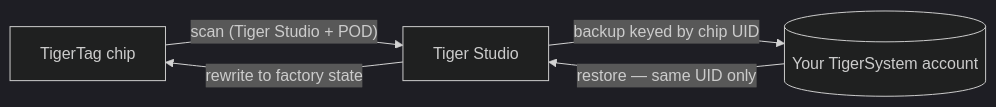
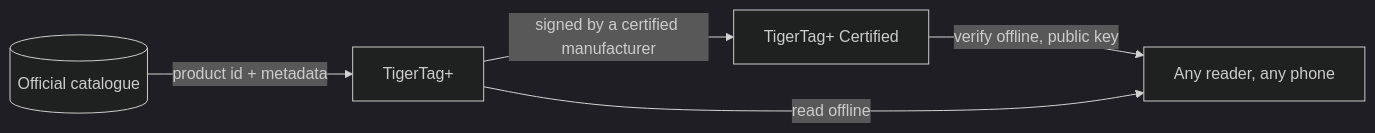
Before and after one commit to TigerTag-Project/TigerSystem-Docs: the diagram in docs/products/tigertag-plus.md, drawn with Mermaid (dark theme). The commit also changed other lines of this file and 7 other files, not shown here.

````diff
--- a/docs/products/tigertag-plus.md
+++ b/docs/products/tigertag-plus.md
@@ -22,6 +51,7 @@
 ```mermaid
 flowchart LR
-  TAGP["TigerTag chip"] -- "scan (Tiger Studio + POD)" --> ST["Tiger Studio"]
-  ST -- "backup keyed by chip UID" --> FB[("Your TigerSystem account")]
-  FB -- "restore — same UID only" --> ST -- "rewrite to factory state" --> TAGP
+  CAT[("Official catalogue")] -- "product id + metadata" --> TTP["TigerTag+"]
+  TTP -- "signed by a certified manufacturer" --> CERT["TigerTag+ Certified"]
+  CERT -- "verify offline, public key" --> ANY["Any reader, any phone"]
+  TTP -- "read offline" --> ANY
 ```
````
